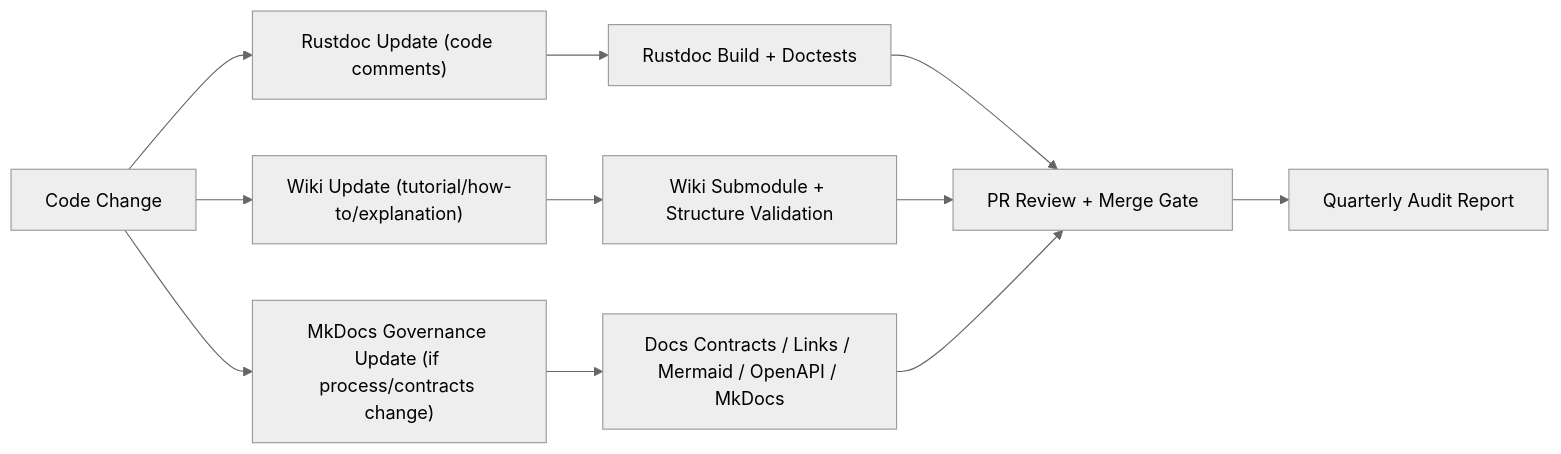
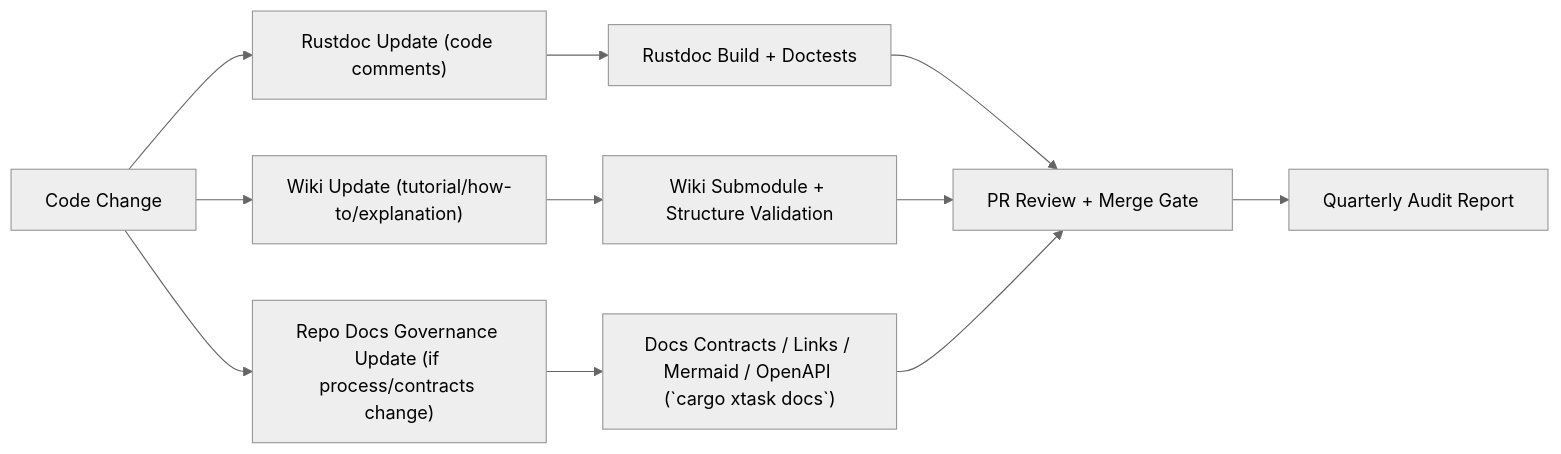
One commit to justinrayshort/os changed the diagram in docs/explanation/documentation-architecture.md. Above: the diagram before and after it, drawn with Mermaid (neutral theme). The commit also changed other lines of this file and 25 other files, not shown here.

````diff
--- a/docs/explanation/documentation-architecture.md
+++ b/docs/explanation/documentation-architecture.md
@@ -58,13 +58,13 @@
 ```mermaid
 flowchart LR
   A["Code Change"] --> B["Rustdoc Update (code comments)"]
   A --> C["Wiki Update (tutorial/how-to/explanation)"]
-  A --> D["MkDocs Governance Update (if process/contracts change)"]
+  A --> D["Repo Docs Governance Update (if process/contracts change)"]
   B --> E["Rustdoc Build + Doctests"]
   C --> F["Wiki Submodule + Structure Validation"]
-  D --> G["Docs Contracts / Links / Mermaid / OpenAPI / MkDocs"]
+  D --> G["Docs Contracts / Links / Mermaid / OpenAPI (`cargo xtask docs`)"]
   E --> H["PR Review + Merge Gate"]
   F --> H
   G --> H
   H --> I["Quarterly Audit Report"]
 ```
````
